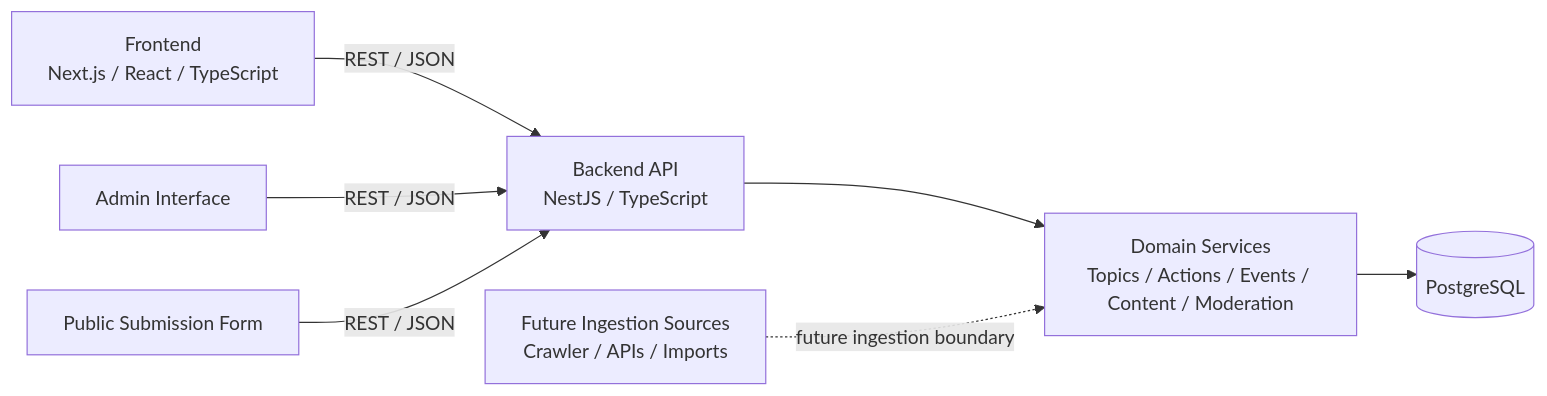
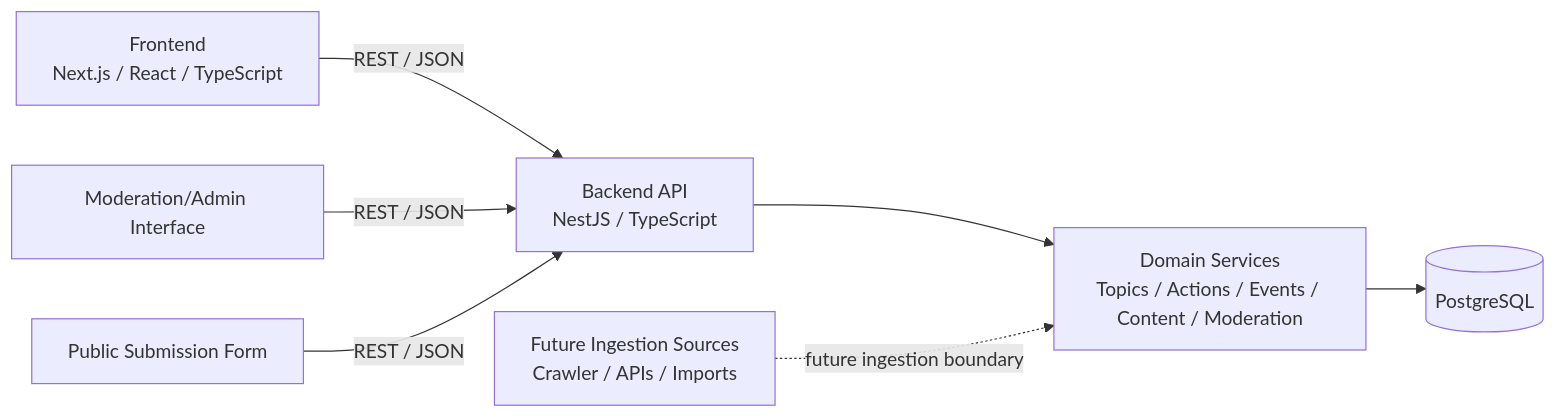
One commit to kborn/signalfire changed the diagram in docs/architecture/001-system-architecture.md. Above: the diagram before and after it, drawn with Mermaid. The commit also changed other lines of this file and 8 other files, not shown here.

Commit message:
docs(progress): [Phase 11 — Moderation Workflow] Further define moderation and admin workflow phases

````diff
--- a/docs/architecture/001-system-architecture.md
+++ b/docs/architecture/001-system-architecture.md
@@ -52,19 +52,19 @@
 ```mermaid
 flowchart LR
     A[Frontend<br/>Next.js / React / TypeScript]
     B[Backend API<br/>NestJS / TypeScript]
     C[Domain Services<br/>Topics / Actions / Events / Content / Moderation]
     D[(PostgreSQL)]
-    E[Admin Interface]
+    E[Moderation/Admin Interface]
     F[Public Submission Form]
     G[Future Ingestion Sources<br/>Crawler / APIs / Imports]
 
     A -->|REST / JSON| B
     E -->|REST / JSON| B
     F -->|REST / JSON| B
 
     B --> C
     C --> D
 
     G -. future ingestion boundary .-> C
 ```
````
